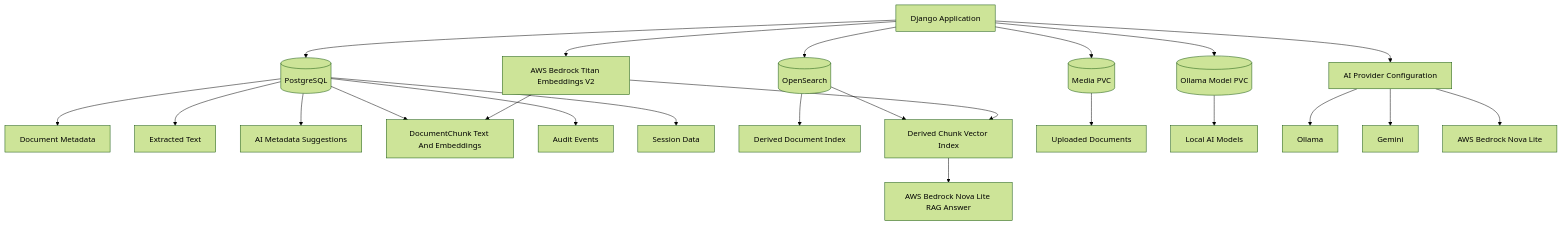
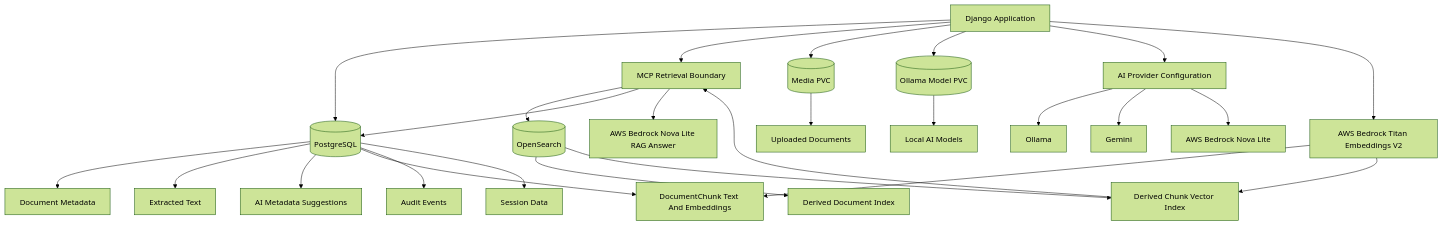
The third of 3 diagrams in docs/architecture.md (khaliqueaws-creator/document-management), drawn with Mermaid (forest theme) before and after one commit. The commit also changed other lines of this file and 16 other files, not shown here.

Commit message:
Add MCP retrieval observability

````diff
--- a/docs/architecture.md
+++ b/docs/architecture.md
@@ -77,32 +80,35 @@
 ```mermaid
 flowchart TB
     App[Django Application]
 
     App --> DB[(PostgreSQL)]
     DB --> Metadata[Document Metadata]
     DB --> ExtractedText[Extracted Text]
     DB --> AISuggestions[AI Metadata Suggestions]
     DB --> Chunks[DocumentChunk Text And Embeddings]
     DB --> Audit[Audit Events]
     DB --> SessionData[Session Data]
 
-    App --> Search[(OpenSearch)]
+    App --> MCP[MCP Retrieval Boundary]
+    MCP --> Search[(OpenSearch)]
+    MCP --> DB
     Search --> SearchDocs[Derived Document Index]
     Search --> SearchChunks[Derived Chunk Vector Index]
 
     App --> MediaPVC[(Media PVC)]
     MediaPVC --> Files[Uploaded Documents]
 
     App --> ModelPVC[(Ollama Model PVC)]
     ModelPVC --> Models[Local AI Models]
 
     App --> AIProviderConfig[AI Provider Configuration]
     AIProviderConfig --> Ollama[Ollama]
     AIProviderConfig --> Gemini[Gemini]
     AIProviderConfig --> Bedrock[AWS Bedrock Nova Lite]
 
     App --> Titan[AWS Bedrock Titan Embeddings V2]
     Titan --> Chunks
     Titan --> SearchChunks
-    SearchChunks --> RAGAnswer[AWS Bedrock Nova Lite RAG Answer]
+    SearchChunks --> MCP
+    MCP --> RAGAnswer[AWS Bedrock Nova Lite RAG Answer]
 ```
````
